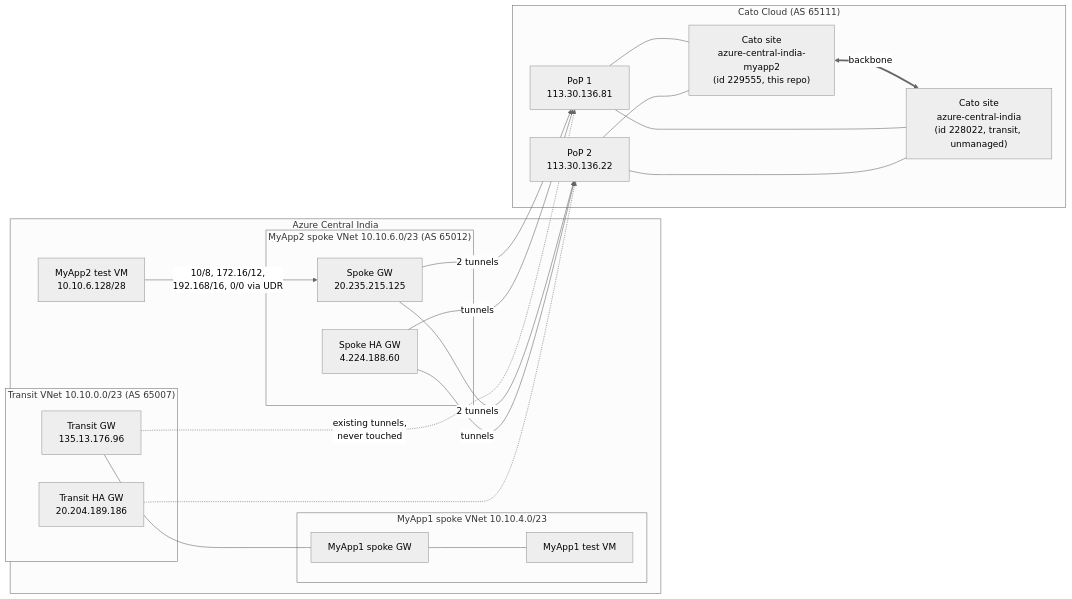
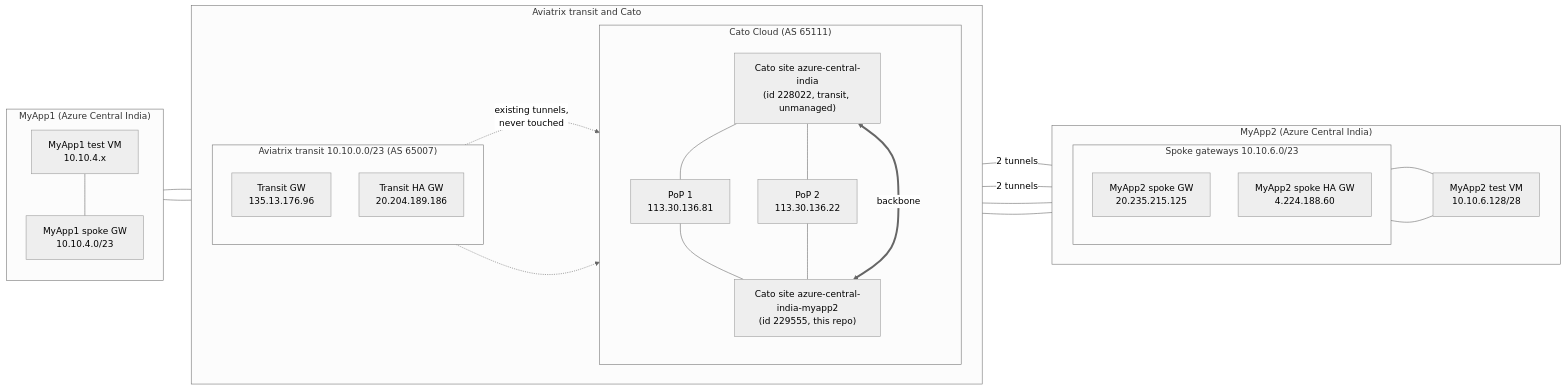
Before and after one commit to alexandreweiss/aviatrix-shared: the diagram in mcna-lab/dataplane/cato-ipsec/README.md, drawn with Mermaid (neutral theme).

Commit message:
cato-ipsec README: redraw diagram MyApp1 | transit and Cato | MyApp2
MyApp1 on the left, Aviatrix transit and Cato in the middle, MyApp2 on the
right with its test VM to the right of the spoke gateways.

````diff
--- a/mcna-lab/dataplane/cato-ipsec/README.md
+++ b/mcna-lab/dataplane/cato-ipsec/README.md
@@ -9,41 +9,51 @@
 ```mermaid
 flowchart LR
-  subgraph AZ["Azure Central India"]
-    VM["MyApp2 test VM<br/>10.10.6.128/28"]
-    subgraph SP["MyApp2 spoke VNet 10.10.6.0/23 (AS 65012)"]
-      GW1["Spoke GW<br/>20.235.215.125"]
-      GW2["Spoke HA GW<br/>4.224.188.60"]
-    end
-    subgraph TR["Transit VNet 10.10.0.0/23 (AS 65007)"]
+  subgraph L["MyApp1 (Azure Central India)"]
+    direction TB
+    VM1["MyApp1 test VM<br/>10.10.4.x"]
+    G1["MyApp1 spoke GW<br/>10.10.4.0/23"]
+    VM1 --- G1
+  end
+
+  subgraph M["Aviatrix transit and Cato"]
+    direction LR
+    subgraph TR["Aviatrix transit 10.10.0.0/23 (AS 65007)"]
+      direction TB
       T1["Transit GW<br/>135.13.176.96"]
       T2["Transit HA GW<br/>20.204.189.186"]
     end
-    subgraph SP1["MyApp1 spoke VNet 10.10.4.0/23"]
-      G1["MyApp1 spoke GW"]
-      VM1["MyApp1 test VM"]
+    subgraph CATO["Cato Cloud (AS 65111)"]
+      direction TB
+      S1["Cato site azure-central-india<br/>(id 228022, transit, unmanaged)"]
+      P1["PoP 1<br/>113.30.136.81"]
+      P2["PoP 2<br/>113.30.136.22"]
+      S2["Cato site azure-central-india-myapp2<br/>(id 229555, this repo)"]
+      S1 --- P1
+      S1 --- P2
+      P1 --- S2
+      P2 --- S2
+      S1 <== backbone ==> S2
     end
-    T1 --- G1
-    G1 --- VM1
   end
 
-  subgraph CATO["Cato Cloud (AS 65111)"]
-    P1["PoP 1<br/>113.30.136.81"]
-    P2["PoP 2<br/>113.30.136.22"]
-    S2["Cato site<br/>azure-central-india-myapp2<br/>(id 229555, this repo)"]
-    S1["Cato site<br/>azure-central-india<br/>(id 228022, transit, unmanaged)"]
+  subgraph R["MyApp2 (Azure Central India)"]
+    direction LR
+    subgraph RG["Spoke gateways 10.10.6.0/23"]
+      direction TB
+      GW1["MyApp2 spoke GW<br/>20.235.215.125"]
+      GW2["MyApp2 spoke HA GW<br/>4.224.188.60"]
+    end
+    VM2["MyApp2 test VM<br/>10.10.6.128/28"]
+    GW1 --- VM2
+    GW2 --- VM2
   end
 
-  VM -- "10/8, 172.16/12,<br/>192.168/16, 0/0 via UDR" --> GW1
-  GW1 -- "2 tunnels" --> P1
-  GW1 -- "2 tunnels" --> P2
-  GW2 -- "tunnels" --> P1
-  GW2 -- "tunnels" --> P2
-  P1 --- S2
-  P2 --- S2
-  S2 <== backbone ==> S1
-
+  G1 --- T1
+  G1 --- T2
   T1 -. "existing tunnels,<br/>never touched" .-> P1
   T2 -.-> P2
-  P1 --- S1
-  P2 --- S1
+  P1 -- "2 tunnels" --- GW1
+  P2 -- "2 tunnels" --- GW1
+  P1 --- GW2
+  P2 --- GW2
 ```
````
